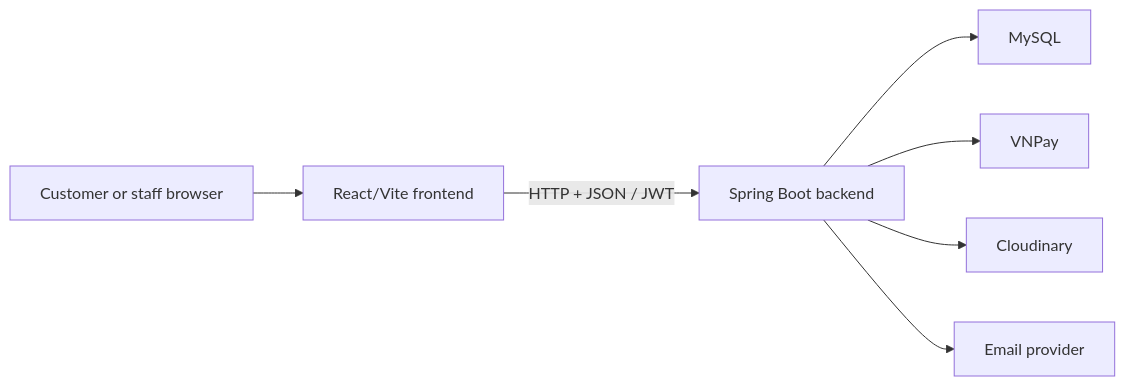
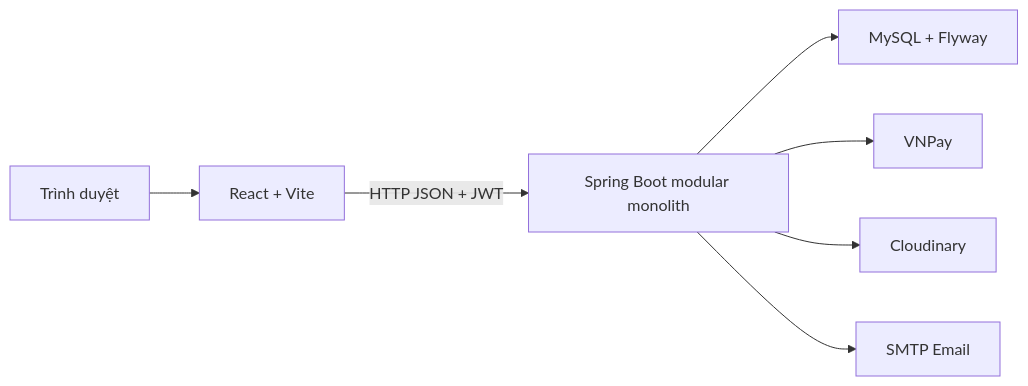
Before and after one commit to HuyNguyxn/newToyStore: the first of 2 diagrams in README.md, drawn with Mermaid. The commit also changed other lines of this file and 12 other files, not shown here.

First line of the commit message:
docs(project): synchronize documentation with implemented flows

````diff
--- a/README.md
+++ b/README.md
@@ -23,9 +32,9 @@
 ```mermaid
 flowchart LR
-    Browser["Customer or staff browser"] --> Frontend["React/Vite frontend"]
-    Frontend -->|"HTTP + JSON / JWT"| Backend["Spring Boot backend"]
-    Backend --> Database["MySQL"]
+    Browser["Trình duyệt"] --> Frontend["React + Vite"]
+    Frontend -->|"HTTP JSON + JWT"| Backend["Spring Boot modular monolith"]
+    Backend --> MySQL["MySQL + Flyway"]
     Backend --> VNPay["VNPay"]
     Backend --> Cloudinary["Cloudinary"]
-    Backend --> Mail["Email provider"]
+    Backend --> Mail["SMTP Email"]
 ```
````
